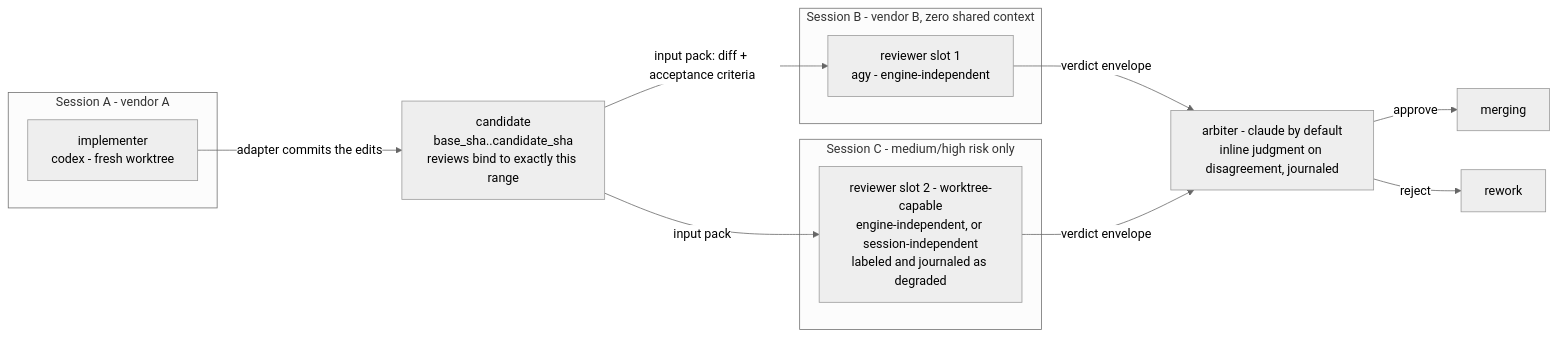
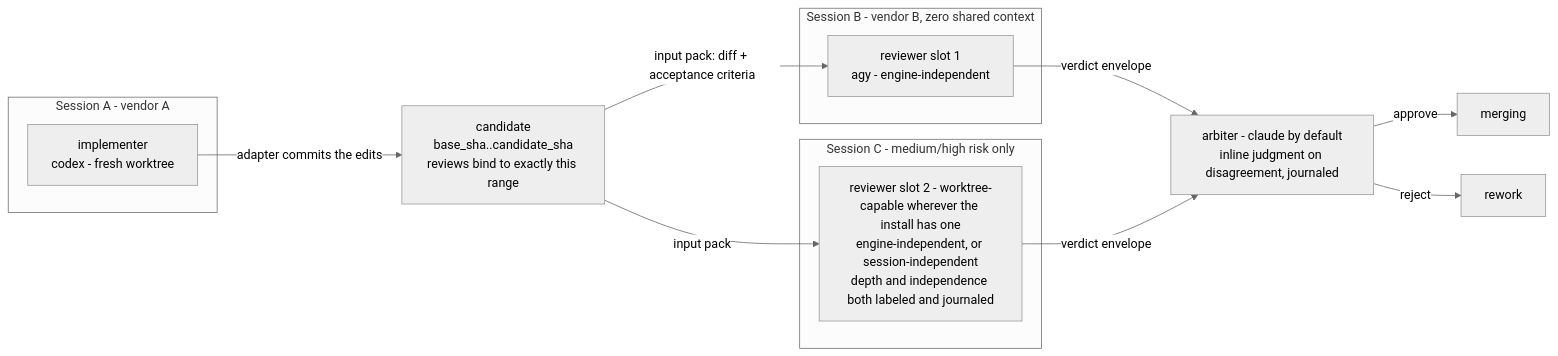
Before and after one commit to bilal-/orchid: the fourth of 5 diagrams in docs/architecture.md, drawn with Mermaid (neutral theme). The commit also changed other lines of this file and 3 other files, not shown here.

````diff
--- a/docs/architecture.md
+++ b/docs/architecture.md
@@ -205,21 +205,21 @@
 ```mermaid
 flowchart LR
     subgraph SA["Session A - vendor A"]
         IMP["implementer<br/>codex - fresh worktree"]
     end
     CAND["candidate<br/>base_sha..candidate_sha<br/>reviews bind to exactly this range"]
     subgraph SB["Session B - vendor B, zero shared context"]
         R1["reviewer slot 1<br/>agy - engine-independent"]
     end
     subgraph SC["Session C - medium/high risk only"]
-        R2["reviewer slot 2 - worktree-capable<br/>engine-independent, or session-independent<br/>labeled and journaled as degraded"]
+        R2["reviewer slot 2 - worktree-capable wherever the install has one<br/>engine-independent, or session-independent<br/>depth and independence both labeled and journaled"]
     end
     ARB["arbiter - claude by default<br/>inline judgment on disagreement, journaled"]
     IMP -->|"adapter commits the edits"| CAND
     CAND -->|"input pack: diff + acceptance criteria"| R1
     CAND -->|"input pack"| R2
     R1 -->|"verdict envelope"| ARB
     R2 -->|"verdict envelope"| ARB
     ARB -->|"approve"| MERGE["merging"]
     ARB -->|"reject"| REWORK["rework"]
 ```
````
